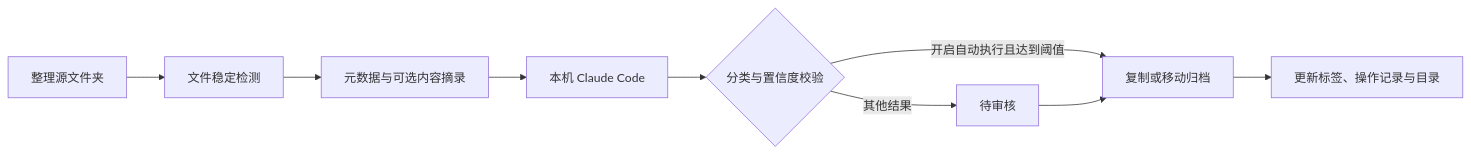
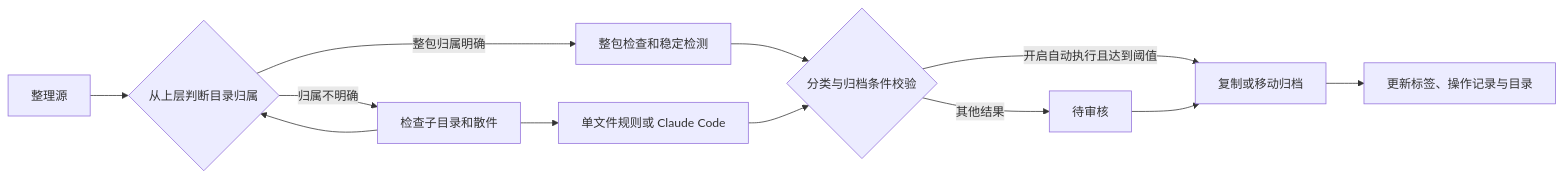
One commit to AHuaWinliver/FileAtlas changed the diagram in README.md. Above: the diagram before and after it, drawn with Mermaid. The commit also changed other lines of this file and 13 other files, not shown here.

````diff
--- a/README.md
+++ b/README.md
@@ -63,11 +95,14 @@
 ```mermaid
 flowchart LR
-    A[整理源文件夹] --> B[文件稳定检测]
-    B --> C[元数据与可选内容摘录]
-    C --> D[本机 Claude Code]
-    D --> E{分类与置信度校验}
+    A[整理源] --> B{从上层判断目录归属}
+    B -->|整包归属明确| C[整包检查和稳定检测]
+    B -->|归属不明确| D[检查子目录和散件]
+    D --> B
+    D --> I[单文件规则或 Claude Code]
+    C --> E{分类与归档条件校验}
+    I --> E
     E -->|开启自动执行且达到阈值| F[复制或移动归档]
     E -->|其他结果| G[待审核]
     G --> F
     F --> H[更新标签、操作记录与目录]
 ```
````
